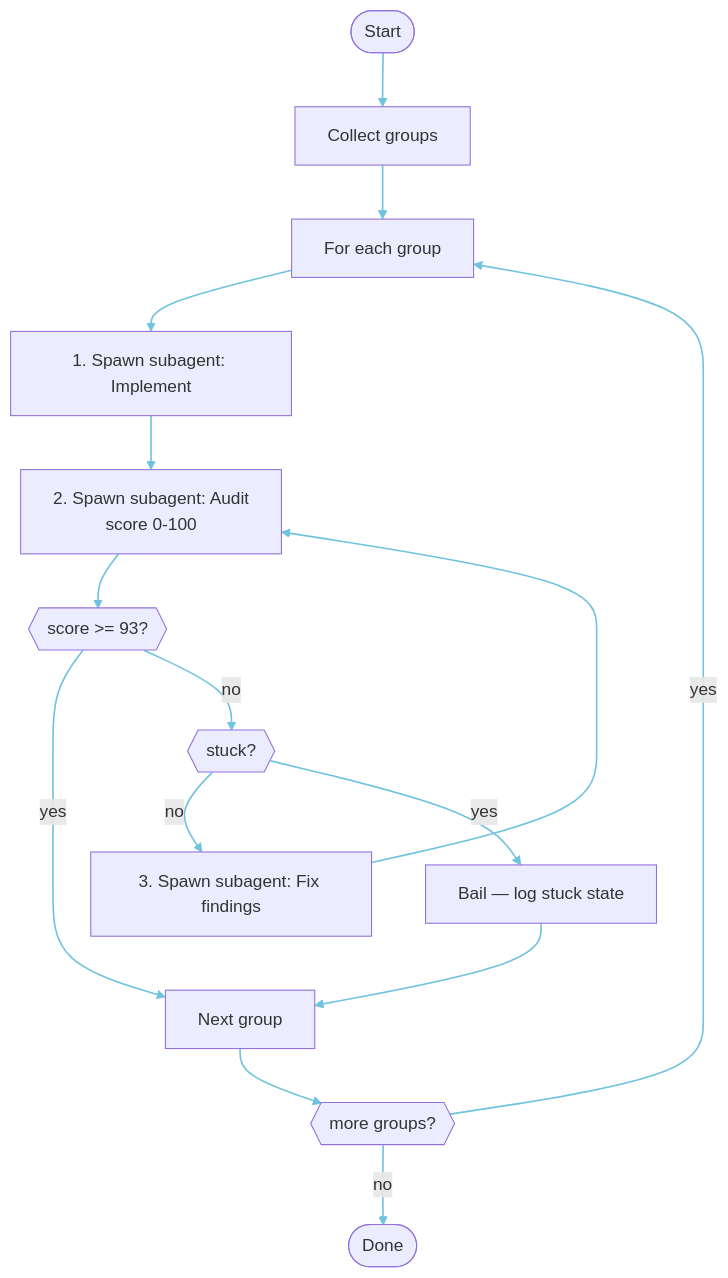
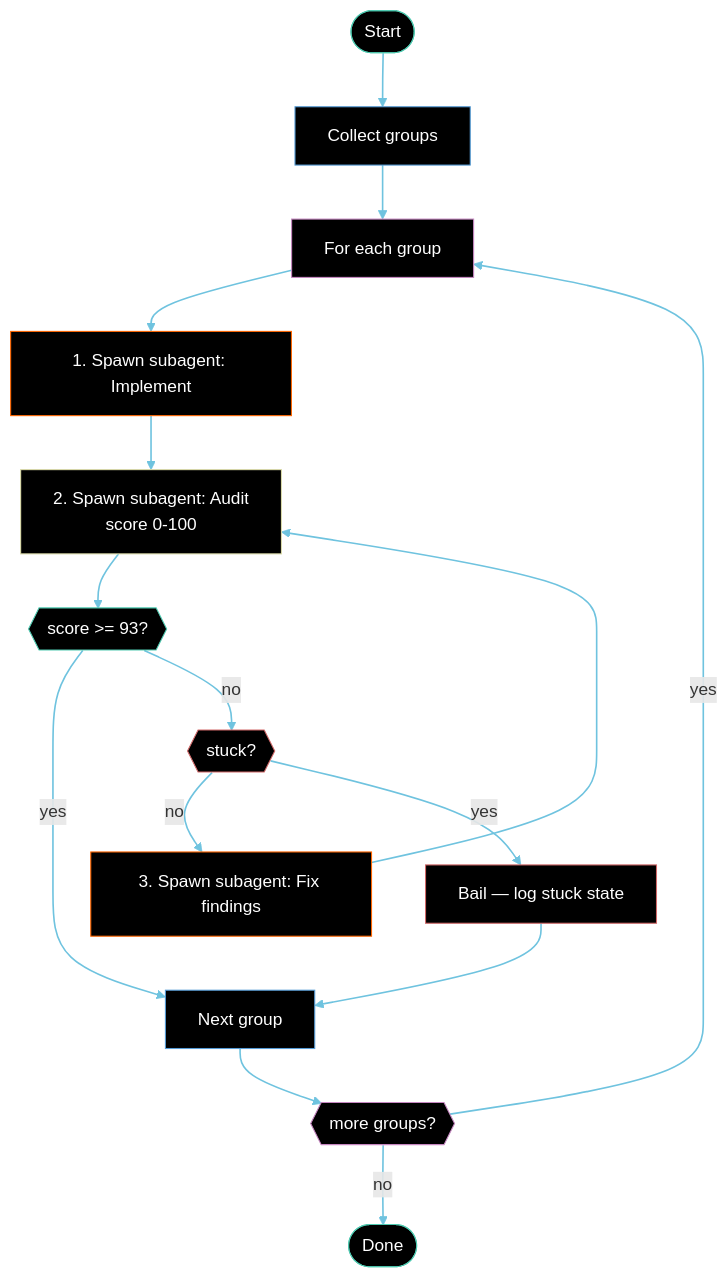
One commit to Distortedlogic/lx changed the diagram in WORKFLOW.mmd. Above: the diagram before and after it, drawn with Mermaid. The commit also changed 18 other files, not shown here.

Commit message:
Update DIAGRAM.mmd, WORKFLOW.mmd, WORKFLOW.png, and 16 more files

```diff
--- a/WORKFLOW.mmd
+++ b/WORKFLOW.mmd
@@ -1,23 +1,30 @@
 graph TD
     start(["Start"]):::teal
     start --> groups["Collect groups"]:::blue
     groups --> loop_start["For each group"]:::purple
 
     loop_start --> implement["1. Spawn subagent: Implement"]:::orange
     implement --> audit["2. Spawn subagent: Audit\nscore 0-100"]:::yellow
     audit --> check{{"score >= 93?"}}:::teal
 
     check -- "yes" --> next_group["Next group"]:::blue
     check -- "no" --> stuck{{"stuck?"}}:::red
 
     stuck -- "no" --> fix["3. Spawn subagent: Fix findings"]:::orange
     fix --> audit
 
     stuck -- "yes" --> bail["Bail — log stuck state"]:::red
     bail --> next_group
 
     next_group --> more{{"more groups?"}}:::purple
     more -- "yes" --> loop_start
     more -- "no" --> done(["Done"]):::teal
 
+    classDef teal fill:#000,stroke:#4ec9b0,color:#fff
+    classDef blue fill:#000,stroke:#569cd6,color:#fff
+    classDef purple fill:#000,stroke:#c586c0,color:#fff
+    classDef orange fill:#000,stroke:#ff6600,color:#fff
+    classDef yellow fill:#000,stroke:#dcdcaa,color:#fff
+    classDef red fill:#000,stroke:#d16969,color:#fff
+
     linkStyle default stroke:#6fc3df,stroke-width:1.5px
```
